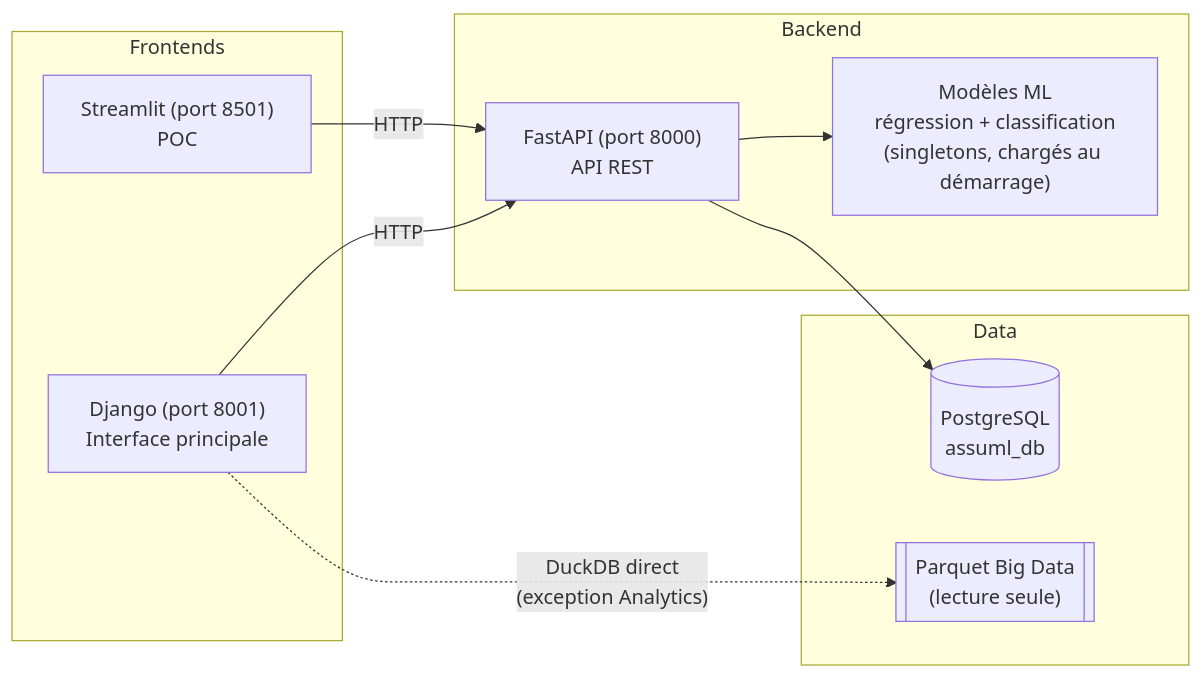
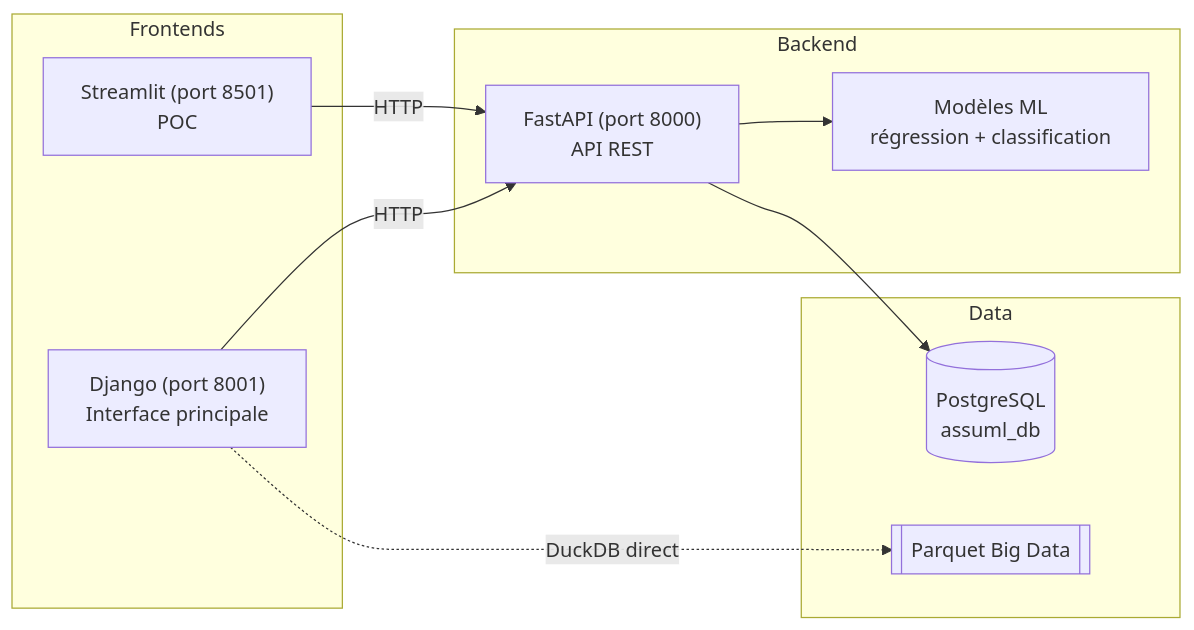
The diagram in README.md (Leozmee/AssuML), drawn with Mermaid before and after one commit.

````diff
--- a/README.md
+++ b/README.md
@@ -38,23 +38,23 @@
 ```mermaid
 flowchart LR
     subgraph Frontends
         DJ["Django (port 8001)\nInterface principale"]
         ST["Streamlit (port 8501)\nPOC"]
     end
 
     subgraph Backend
         API["FastAPI (port 8000)\nAPI REST"]
-        ML["Modèles ML\nrégression + classification\n(singletons, chargés au démarrage)"]
+        ML["Modèles ML\nrégression + classification\n"]
     end
 
     subgraph Data
         PG[(PostgreSQL\nassuml_db)]
-        PQ[["Parquet Big Data\n(lecture seule)"]]
+        PQ[["Parquet Big Data\n"]]
     end
 
     DJ -- HTTP --> API
     ST -- HTTP --> API
     API --> ML
     API --> PG
-    DJ -. "DuckDB direct\n(exception Analytics)" .-> PQ
+    DJ -. "DuckDB direct\n" .-> PQ
 ```
````
